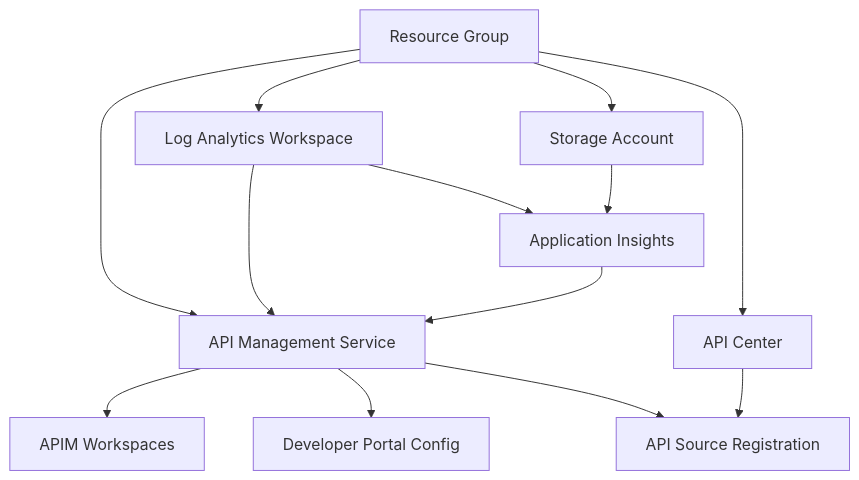
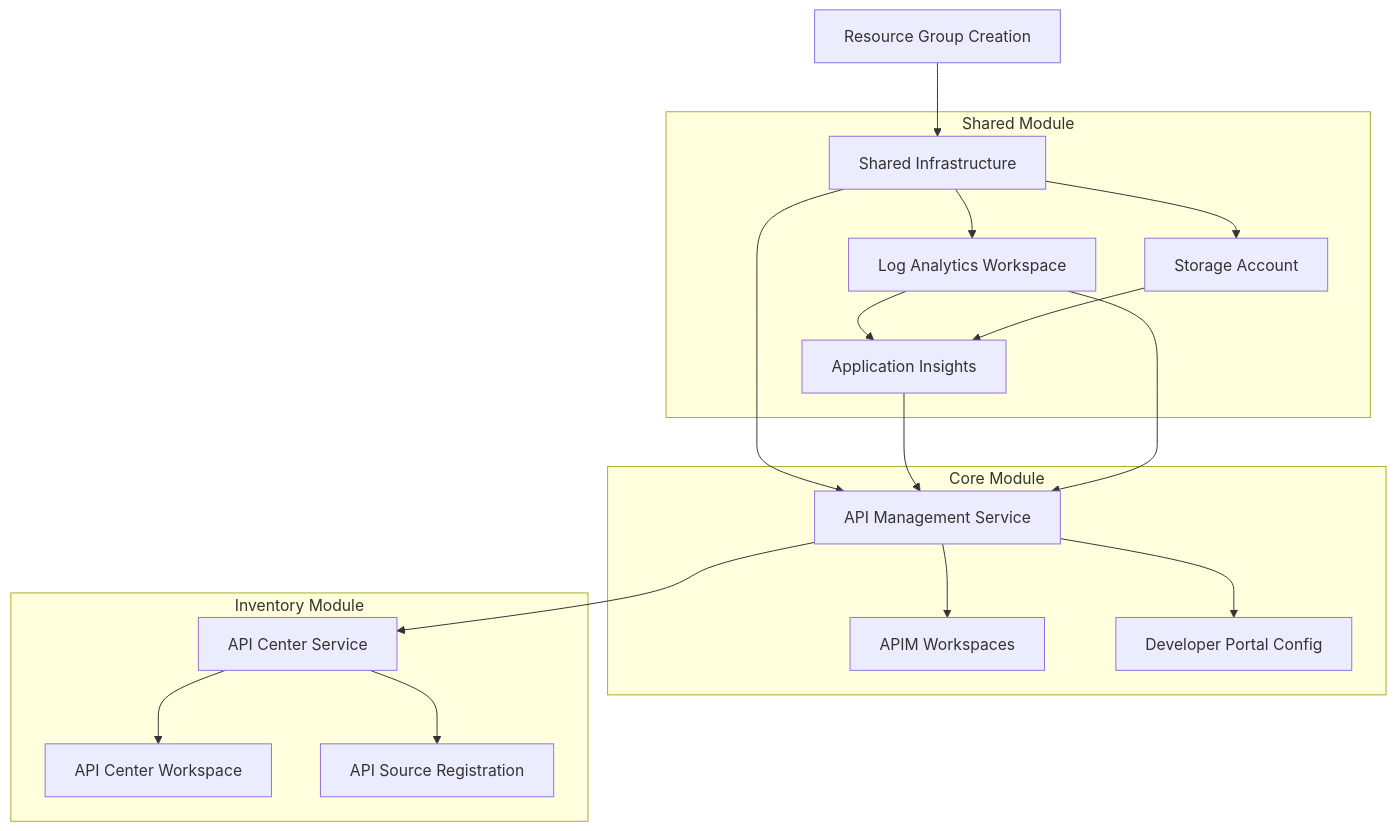
Before and after one commit to Evilazaro/APIM-Accelerator: the diagram in docs/reference/azure-resources.md, drawn with Mermaid. The commit also changed other lines of this file and 5 other files, not shown here.

````diff
--- a/docs/reference/azure-resources.md
+++ b/docs/reference/azure-resources.md
@@ -224,18 +233,25 @@
 ```mermaid
 graph TD
-    A[Resource Group] --> B[Log Analytics Workspace]
-    A --> C[Storage Account]
-    B --> D[Application Insights]
-    C --> D
+    A[Resource Group Creation] --> B[Shared Infrastructure]
     
-    A --> E[API Management Service]
-    B --> E
-    D --> E
+    subgraph "Shared Module"
+        B --> C[Log Analytics Workspace]
+        B --> D[Storage Account] 
+        C --> E[Application Insights]
+        D --> E
+    end
     
-    E --> F[APIM Workspaces]
-    E --> G[Developer Portal Config]
+    subgraph "Core Module"
+        B --> F[API Management Service]
+        E --> F
+        C --> F
+        F --> G[APIM Workspaces]
+        F --> H[Developer Portal Config]
+    end
     
-    A --> H[API Center]
-    E --> I[API Source Registration]
-    H --> I
+    subgraph "Inventory Module"
+        F --> I[API Center Service]
+        I --> J[API Center Workspace]
+        I --> K[API Source Registration]
+    end
 ```
````
